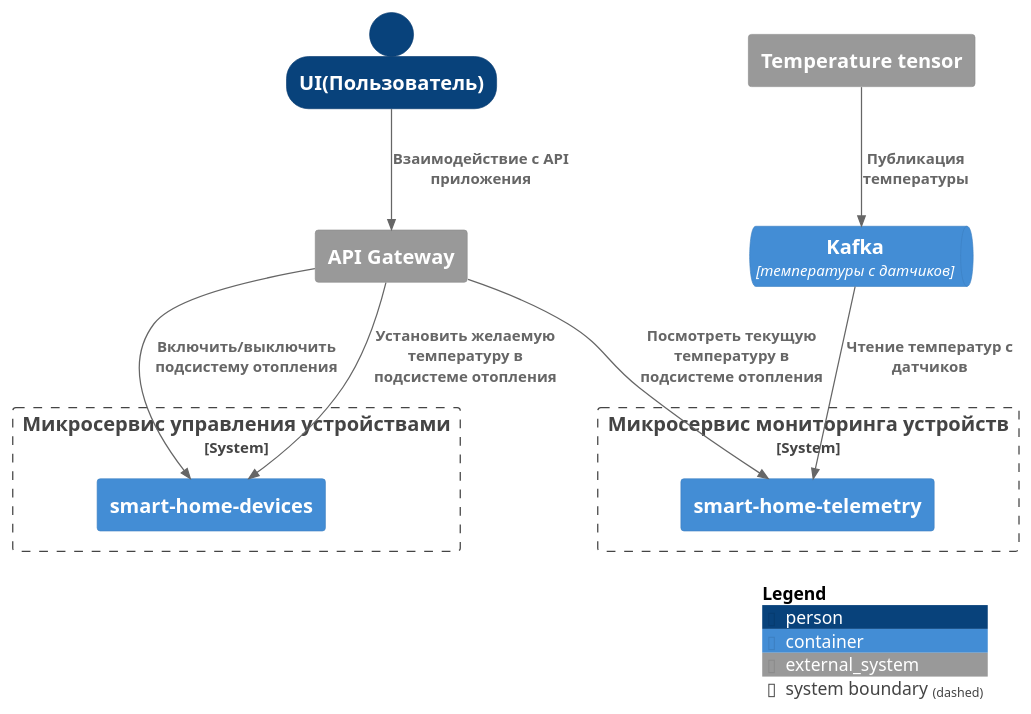
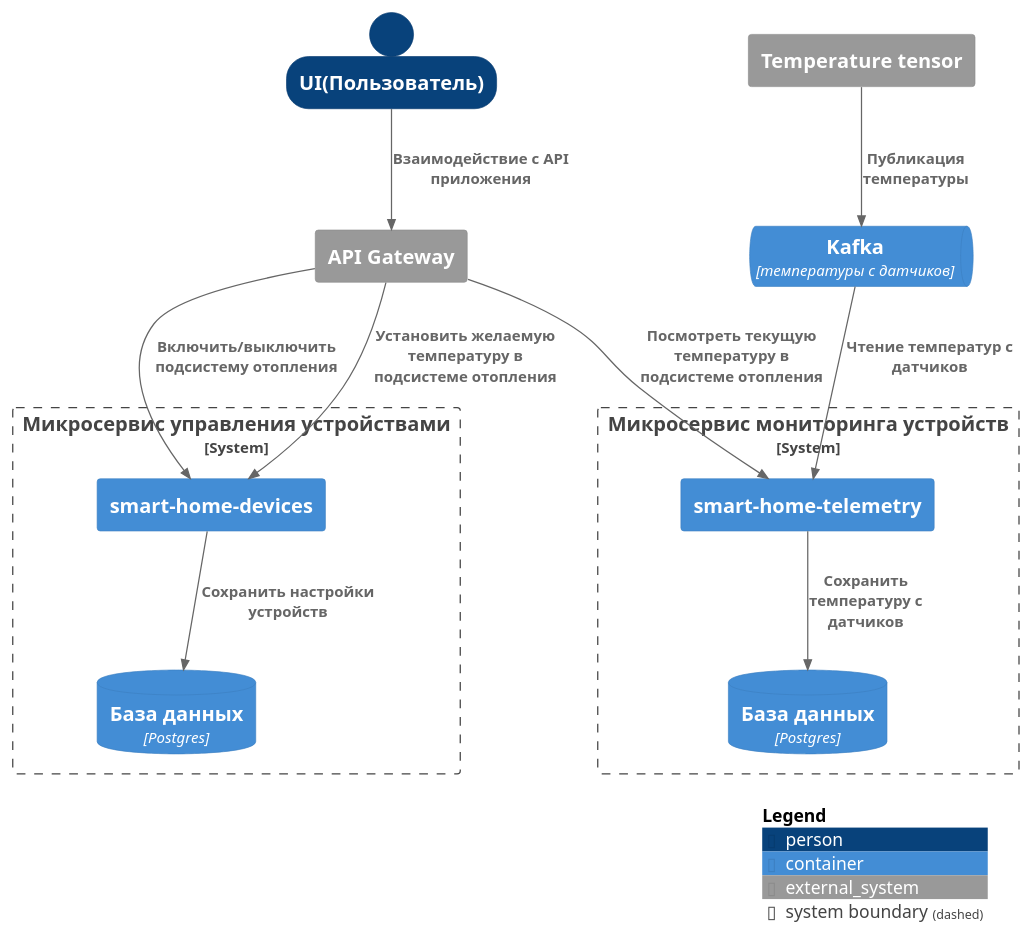
One commit to NikolayPol/architecture-microservices changed the diagram in diagrams/container/container.puml. Above: the diagram before and after it, drawn with PlantUML. The commit also changed 4 other files, not shown here.

Commit message:
diagrams updated

```diff
--- a/diagrams/container/container.puml
+++ b/diagrams/container/container.puml
@@ -1,31 +1,36 @@
 @startuml
 !include ../templates/C4_Component.puml
 
 SHOW_PERSON_OUTLINE()
 
 Person(user, "UI(Пользователь)")
 
 System_Ext(gateway, "API Gateway")
 System_Ext(tensor, "Temperature tensor")
 
 System_Boundary(devicesMicroservice, "Микросервис управления устройствами") {
     Container(devices, "smart-home-devices")
+    ContainerDb(devicesDb, $techn="Postgres", "База данных")
 }
 
 System_Boundary(telemetryMicroservice, "Микросервис мониторинга устройств") {
     Container(telemetry, "smart-home-telemetry")
+    ContainerDb(telemetryDb, $techn="Postgres", "База данных")
 }
 
 ContainerQueue(kafka, "Kafka", $techn="температуры с датчиков")
 
 Rel(user, gateway, "Взаимодействие с API приложения")
 Rel(gateway, devices, "Включить/выключить подсистему отопления")
 Rel(gateway, devices, "Установить желаемую температуру в подсистеме отопления")
 Rel(gateway, telemetry, "Посмотреть текущую температуру в подсистеме отопления")
 
 Rel(kafka, telemetry, "Чтение температур с датчиков")
 Rel(tensor, kafka, "Публикация температуры")
 
+Rel(devices, devicesDb, "Сохранить настройки устройств")
+Rel(telemetry, telemetryDb, "Сохранить температуру с датчиков")
+
 SHOW_LEGEND()
 
 @enduml
```
